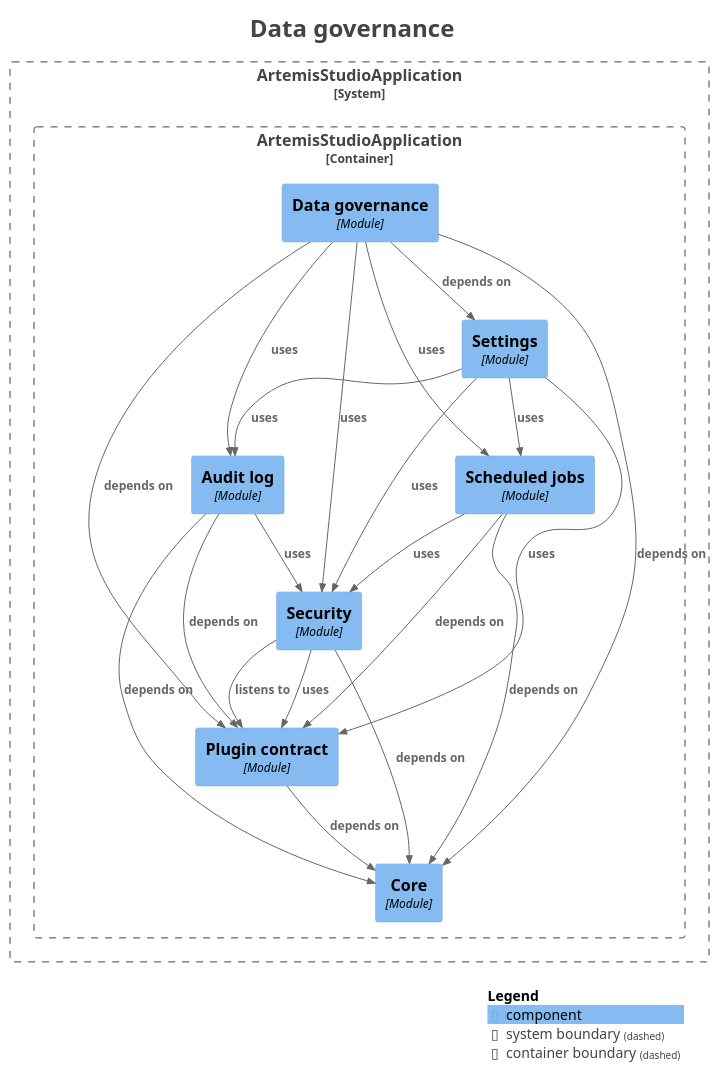
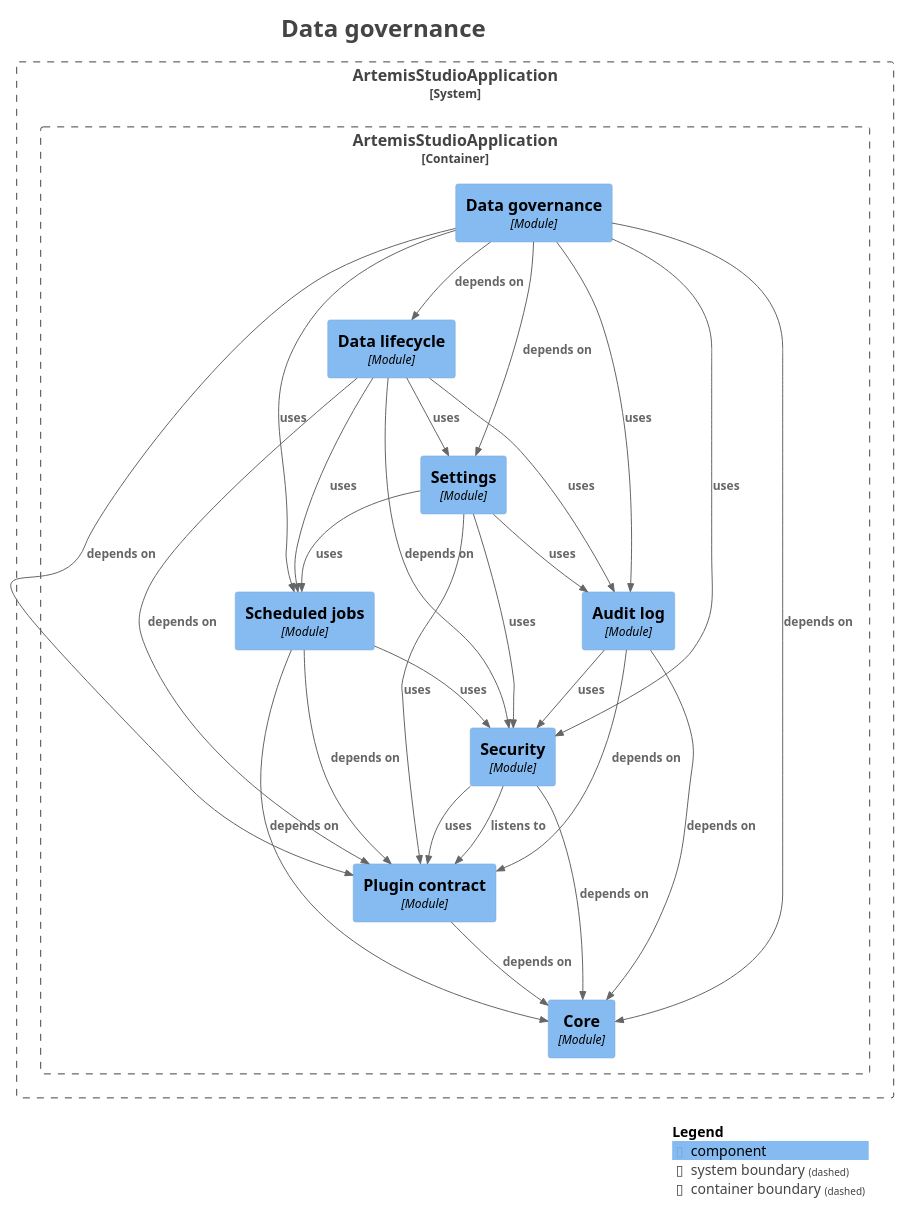
Before and after one commit to sudoitir/artemis-studio: the diagram in docs/modules/module-platform.governance.puml, drawn with PlantUML. The commit also changed 96 other files, not shown here.

```diff
--- a/docs/modules/module-platform.governance.puml
+++ b/docs/modules/module-platform.governance.puml
@@ -1,54 +1,61 @@
 @startuml
 title <size:24>Data governance</size>
 
 set separator none
 top to bottom direction
 
 <style>
   root {
     BackgroundColor: #ffffff
     FontColor: #444444
   }
 </style>
 
 !include <C4/C4>
 !include <C4/C4_Context>
 !include <C4/C4_Component>
 
 System_Boundary("ArtemisStudioApplication_boundary", "ArtemisStudioApplication", $tags="") {
   Container_Boundary("ArtemisStudioApplication.ArtemisStudioApplication_boundary", "ArtemisStudioApplication", $tags="") {
     Component(ArtemisStudioApplication.ArtemisStudioApplication.Settings, "Settings", $techn="Module", $descr="", $tags="", $link="")
+    Component(ArtemisStudioApplication.ArtemisStudioApplication.Datalifecycle, "Data lifecycle", $techn="Module", $descr="", $tags="", $link="")
     Component(ArtemisStudioApplication.ArtemisStudioApplication.Datagovernance, "Data governance", $techn="Module", $descr="", $tags="", $link="")
     Component(ArtemisStudioApplication.ArtemisStudioApplication.Core, "Core", $techn="Module", $descr="", $tags="", $link="")
     Component(ArtemisStudioApplication.ArtemisStudioApplication.Plugincontract, "Plugin contract", $techn="Module", $descr="", $tags="", $link="")
     Component(ArtemisStudioApplication.ArtemisStudioApplication.Security, "Security", $techn="Module", $descr="", $tags="", $link="")
     Component(ArtemisStudioApplication.ArtemisStudioApplication.Auditlog, "Audit log", $techn="Module", $descr="", $tags="", $link="")
     Component(ArtemisStudioApplication.ArtemisStudioApplication.Scheduledjobs, "Scheduled jobs", $techn="Module", $descr="", $tags="", $link="")
   }
 
 }
 
 Rel(ArtemisStudioApplication.ArtemisStudioApplication.Auditlog, ArtemisStudioApplication.ArtemisStudioApplication.Core, "depends on", $techn="", $tags="", $link="")
 Rel(ArtemisStudioApplication.ArtemisStudioApplication.Auditlog, ArtemisStudioApplication.ArtemisStudioApplication.Plugincontract, "depends on", $techn="", $tags="", $link="")
 Rel(ArtemisStudioApplication.ArtemisStudioApplication.Auditlog, ArtemisStudioApplication.ArtemisStudioApplication.Security, "uses", $techn="", $tags="", $link="")
 Rel(ArtemisStudioApplication.ArtemisStudioApplication.Datagovernance, ArtemisStudioApplication.ArtemisStudioApplication.Auditlog, "uses", $techn="", $tags="", $link="")
 Rel(ArtemisStudioApplication.ArtemisStudioApplication.Datagovernance, ArtemisStudioApplication.ArtemisStudioApplication.Core, "depends on", $techn="", $tags="", $link="")
+Rel(ArtemisStudioApplication.ArtemisStudioApplication.Datagovernance, ArtemisStudioApplication.ArtemisStudioApplication.Datalifecycle, "depends on", $techn="", $tags="", $link="")
 Rel(ArtemisStudioApplication.ArtemisStudioApplication.Datagovernance, ArtemisStudioApplication.ArtemisStudioApplication.Plugincontract, "depends on", $techn="", $tags="", $link="")
 Rel(ArtemisStudioApplication.ArtemisStudioApplication.Datagovernance, ArtemisStudioApplication.ArtemisStudioApplication.Scheduledjobs, "uses", $techn="", $tags="", $link="")
 Rel(ArtemisStudioApplication.ArtemisStudioApplication.Datagovernance, ArtemisStudioApplication.ArtemisStudioApplication.Security, "uses", $techn="", $tags="", $link="")
 Rel(ArtemisStudioApplication.ArtemisStudioApplication.Datagovernance, ArtemisStudioApplication.ArtemisStudioApplication.Settings, "depends on", $techn="", $tags="", $link="")
+Rel(ArtemisStudioApplication.ArtemisStudioApplication.Datalifecycle, ArtemisStudioApplication.ArtemisStudioApplication.Auditlog, "uses", $techn="", $tags="", $link="")
+Rel(ArtemisStudioApplication.ArtemisStudioApplication.Datalifecycle, ArtemisStudioApplication.ArtemisStudioApplication.Plugincontract, "depends on", $techn="", $tags="", $link="")
+Rel(ArtemisStudioApplication.ArtemisStudioApplication.Datalifecycle, ArtemisStudioApplication.ArtemisStudioApplication.Scheduledjobs, "uses", $techn="", $tags="", $link="")
+Rel(ArtemisStudioApplication.ArtemisStudioApplication.Datalifecycle, ArtemisStudioApplication.ArtemisStudioApplication.Security, "depends on", $techn="", $tags="", $link="")
+Rel(ArtemisStudioApplication.ArtemisStudioApplication.Datalifecycle, ArtemisStudioApplication.ArtemisStudioApplication.Settings, "uses", $techn="", $tags="", $link="")
 Rel(ArtemisStudioApplication.ArtemisStudioApplication.Plugincontract, ArtemisStudioApplication.ArtemisStudioApplication.Core, "depends on", $techn="", $tags="", $link="")
 Rel(ArtemisStudioApplication.ArtemisStudioApplication.Scheduledjobs, ArtemisStudioApplication.ArtemisStudioApplication.Core, "depends on", $techn="", $tags="", $link="")
 Rel(ArtemisStudioApplication.ArtemisStudioApplication.Scheduledjobs, ArtemisStudioApplication.ArtemisStudioApplication.Plugincontract, "depends on", $techn="", $tags="", $link="")
 Rel(ArtemisStudioApplication.ArtemisStudioApplication.Scheduledjobs, ArtemisStudioApplication.ArtemisStudioApplication.Security, "uses", $techn="", $tags="", $link="")
 Rel(ArtemisStudioApplication.ArtemisStudioApplication.Security, ArtemisStudioApplication.ArtemisStudioApplication.Core, "depends on", $techn="", $tags="", $link="")
 Rel(ArtemisStudioApplication.ArtemisStudioApplication.Security, ArtemisStudioApplication.ArtemisStudioApplication.Plugincontract, "listens to", $techn="", $tags="", $link="")
 Rel(ArtemisStudioApplication.ArtemisStudioApplication.Security, ArtemisStudioApplication.ArtemisStudioApplication.Plugincontract, "uses", $techn="", $tags="", $link="")
 Rel(ArtemisStudioApplication.ArtemisStudioApplication.Settings, ArtemisStudioApplication.ArtemisStudioApplication.Auditlog, "uses", $techn="", $tags="", $link="")
 Rel(ArtemisStudioApplication.ArtemisStudioApplication.Settings, ArtemisStudioApplication.ArtemisStudioApplication.Plugincontract, "uses", $techn="", $tags="", $link="")
 Rel(ArtemisStudioApplication.ArtemisStudioApplication.Settings, ArtemisStudioApplication.ArtemisStudioApplication.Scheduledjobs, "uses", $techn="", $tags="", $link="")
 Rel(ArtemisStudioApplication.ArtemisStudioApplication.Settings, ArtemisStudioApplication.ArtemisStudioApplication.Security, "uses", $techn="", $tags="", $link="")
 
 SHOW_LEGEND(true)
 hide stereotypes
 @enduml
```
